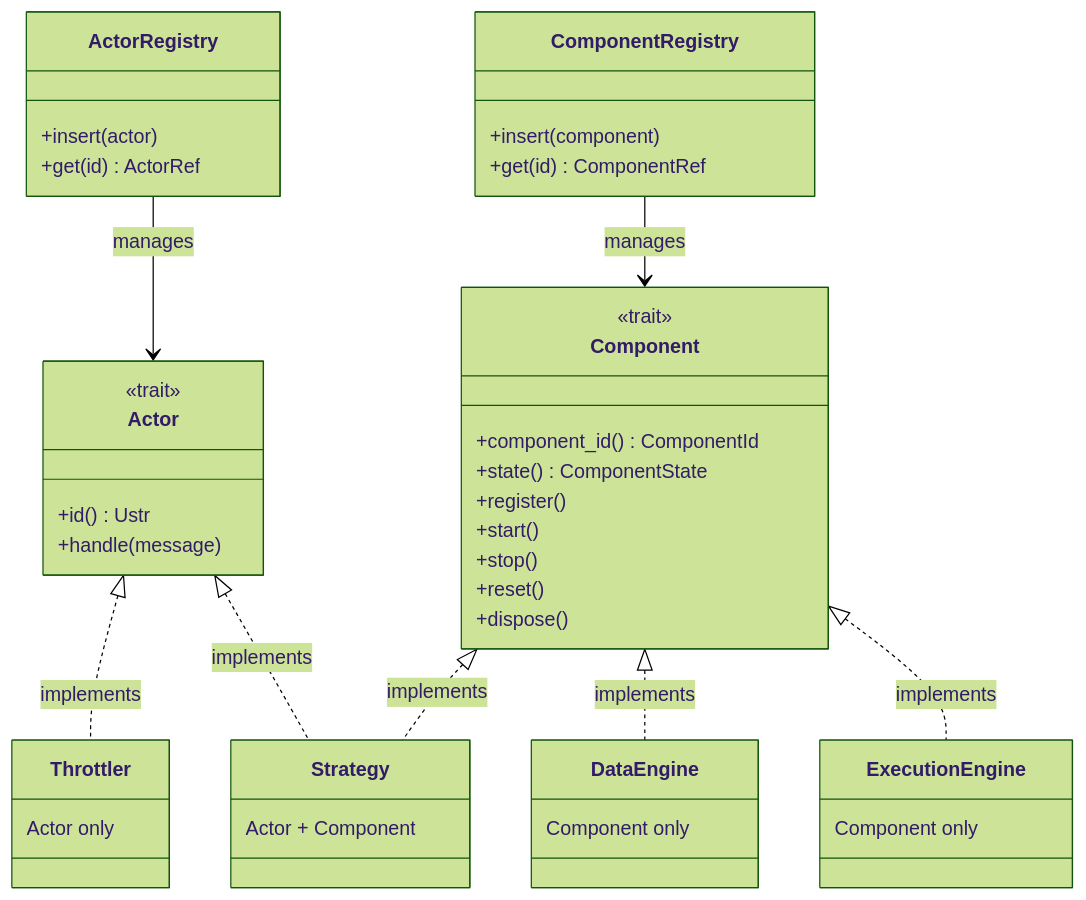
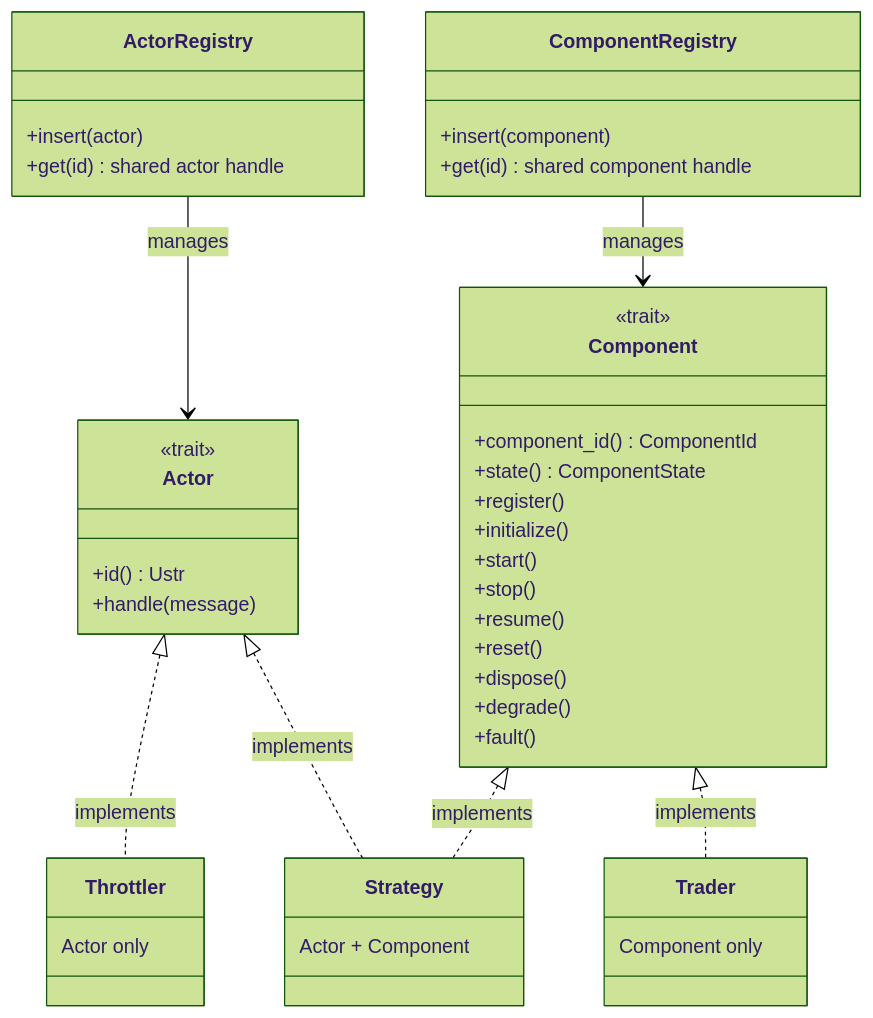
One commit to nautechsystems/nautilus_trader changed the fifth of 7 diagrams in docs/concepts/architecture.md. Above: the diagram before and after it, drawn with Mermaid (forest theme). The commit also changed other lines of this file, not shown here.

First line of the commit message:
Refine architecture guide

````diff
--- a/docs/concepts/architecture.md
+++ b/docs/concepts/architecture.md
@@ -409,54 +474,53 @@
 ```mermaid
 classDiagram
     class Actor {
         <<trait>>
         +id() Ustr
         +handle(message)
     }
 
     class Component {
         <<trait>>
         +component_id() ComponentId
         +state() ComponentState
         +register()
+        +initialize()
         +start()
         +stop()
+        +resume()
         +reset()
         +dispose()
+        +degrade()
+        +fault()
     }
 
     class ActorRegistry {
         +insert(actor)
-        +get(id) ActorRef
+        +get(id) shared actor handle
     }
 
     class ComponentRegistry {
         +insert(component)
-        +get(id) ComponentRef
+        +get(id) shared component handle
     }
 
     Actor <|.. Throttler : implements
     Actor <|.. Strategy : implements
     Component <|.. Strategy : implements
-    Component <|.. DataEngine : implements
-    Component <|.. ExecutionEngine : implements
+    Component <|.. Trader : implements
 
     ActorRegistry --> Actor : manages
     ComponentRegistry --> Component : manages
 
     class Throttler {
         Actor only
     }
 
     class Strategy {
         Actor + Component
     }
 
-    class DataEngine {
-        Component only
-    }
-
-    class ExecutionEngine {
+    class Trader {
         Component only
     }
 ```
````
